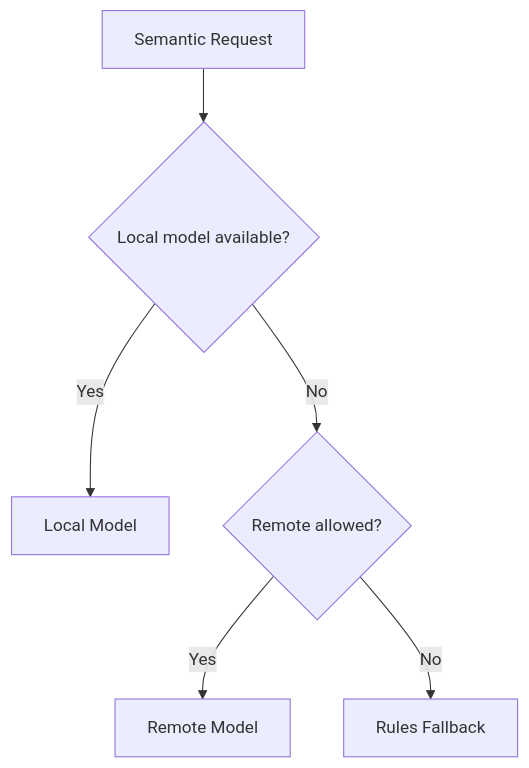
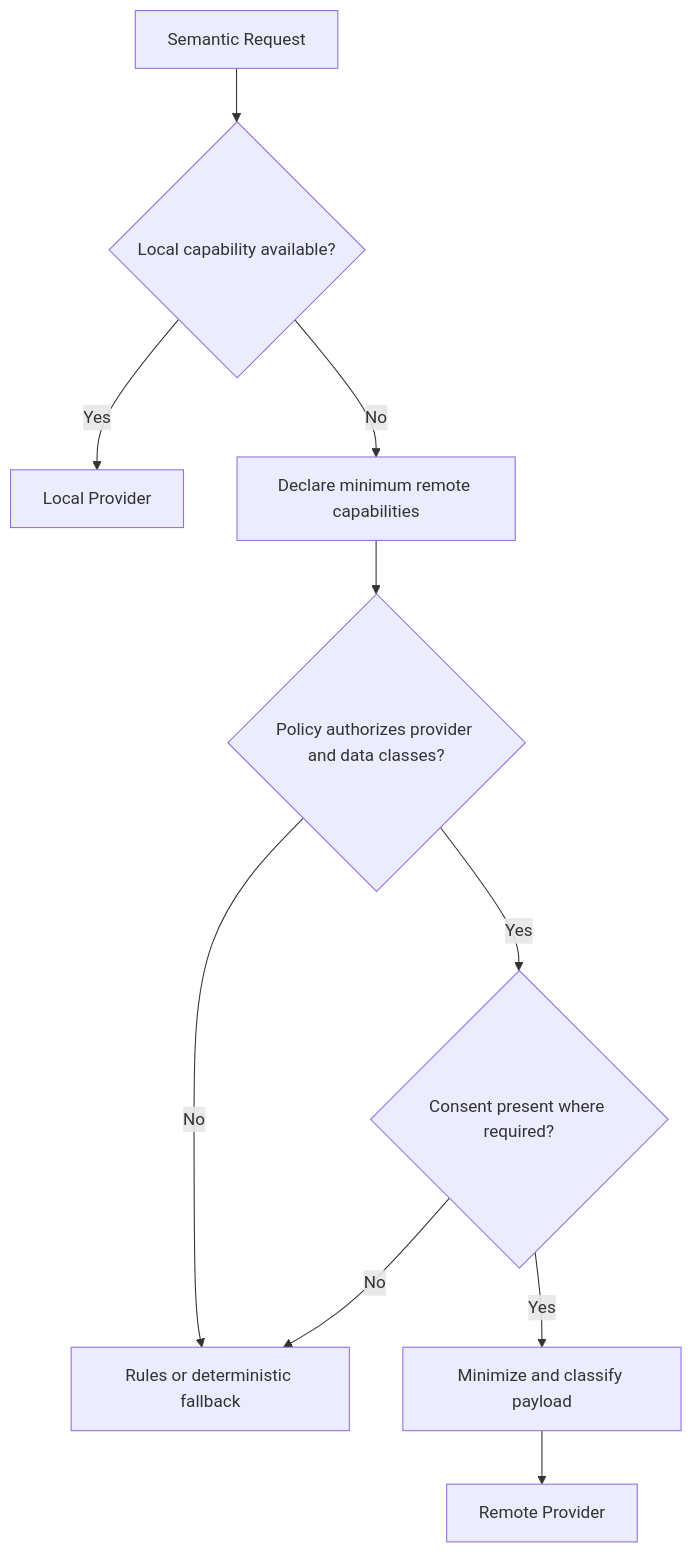
The second of 2 diagrams in docs/architecture/semantic-game-engine.md (ryjen/eyespie), drawn with Mermaid before and after one commit. The commit also changed other lines of this file, not shown here.

````diff
--- a/docs/architecture/semantic-game-engine.md
+++ b/docs/architecture/semantic-game-engine.md
@@ -169,11 +198,16 @@
 ```mermaid
 flowchart TD
     Request[Semantic Request]
-    Request --> Capability{Local model available?}
+    Request --> Capability{Local capability available?}
 
-    Capability -->|Yes| Local[Local Model]
-    Capability -->|No| Policy{Remote allowed?}
+    Capability -->|Yes| Local[Local Provider]
+    Capability -->|No| Declared[Declare minimum remote capabilities]
 
-    Policy -->|Yes| Remote[Remote Model]
-    Policy -->|No| Rules[Rules Fallback]
+    Declared --> Policy{Policy authorizes provider and data classes?}
+    Policy -->|No| Rules[Rules or deterministic fallback]
+    Policy -->|Yes| Consent{Consent present where required?}
+
+    Consent -->|No| Rules
+    Consent -->|Yes| Minimize[Minimize and classify payload]
+    Minimize --> Remote[Remote Provider]
 ```
````
